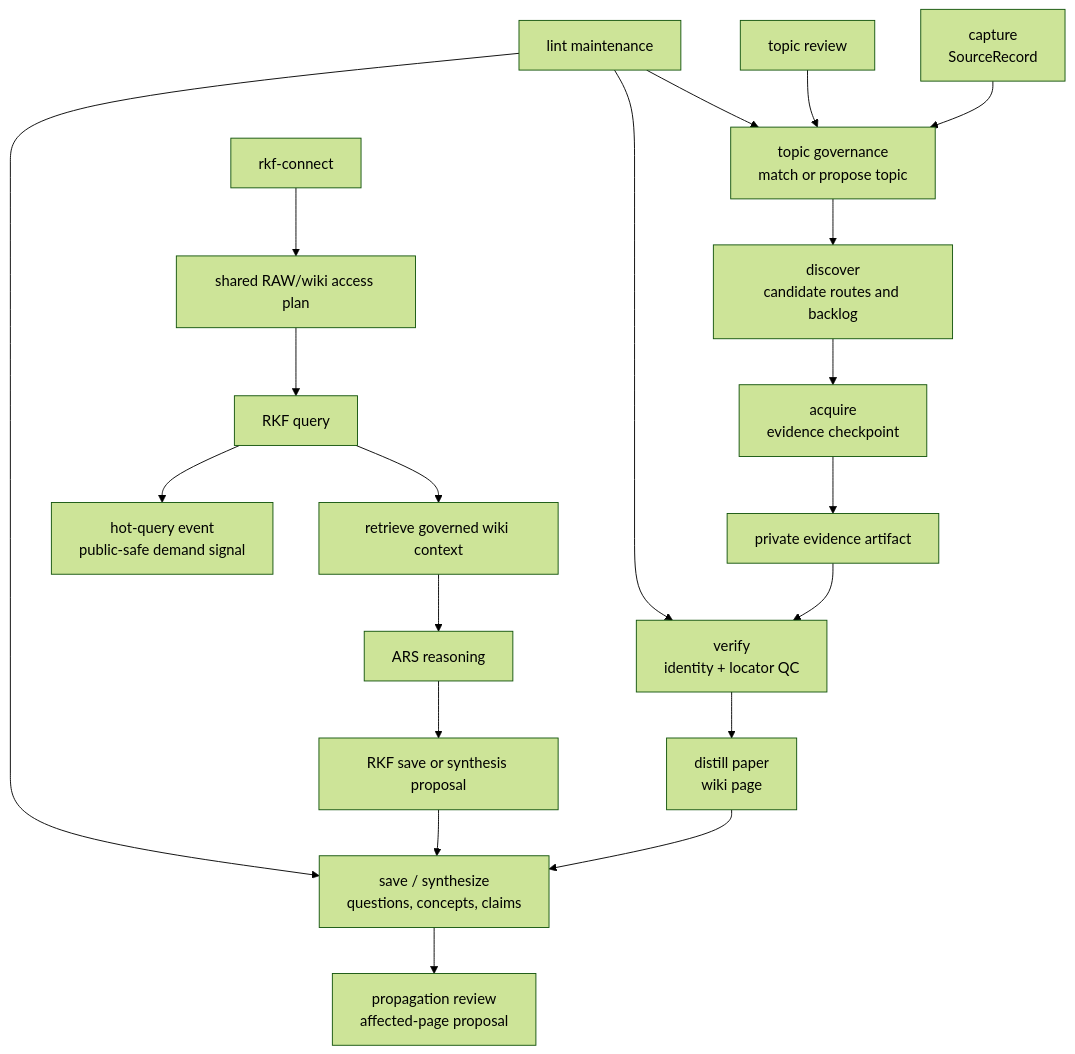
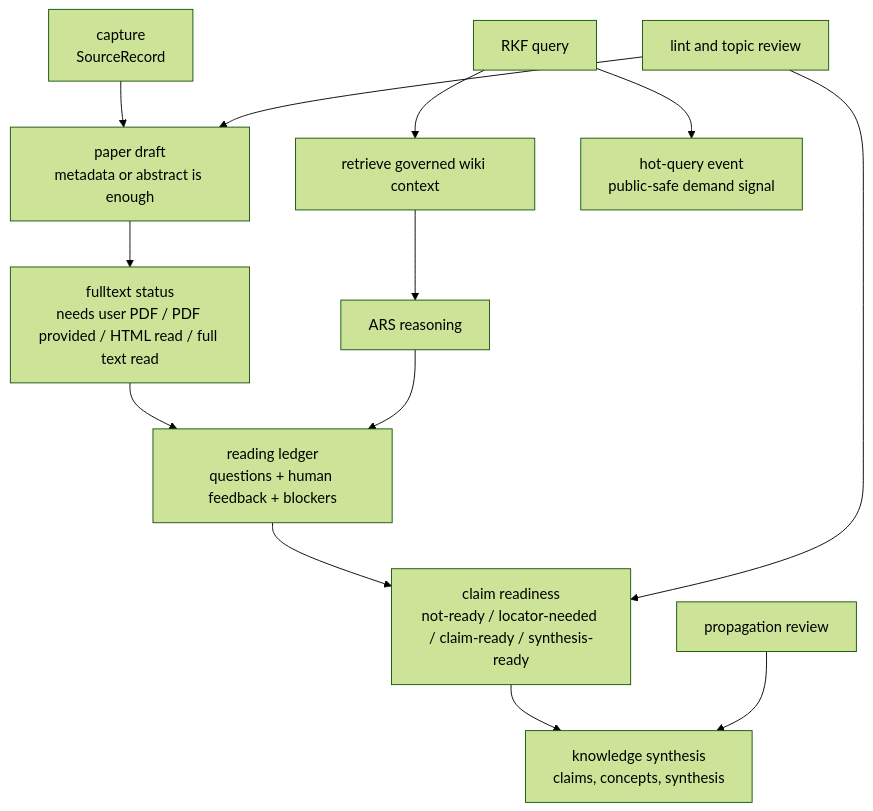
One commit to ChenHau-Lan/ResearchWiki changed the diagram in docs/ARCHITECTURE.md. Above: the diagram before and after it, drawn with Mermaid (forest theme). The commit also changed other lines of this file and 69 other files, not shown here.

Commit message:
Add RKF reading maturity workflow

````diff
--- a/docs/ARCHITECTURE.md
+++ b/docs/ARCHITECTURE.md
@@ -29,22 +27,15 @@
 ```mermaid
 flowchart TD
-    A["capture<br/>SourceRecord"] --> B["topic governance<br/>match or propose topic"]
-    B --> C["discover<br/>candidate routes and backlog"]
-    C --> D["acquire<br/>evidence checkpoint"]
-    D --> E["private evidence artifact"]
-    E --> F["verify<br/>identity + locator QC"]
-    F --> G["distill paper<br/>wiki page"]
-    G --> H["save / synthesize<br/>questions, concepts, claims"]
-    I["RKF query"] --> J["retrieve governed wiki context"]
-    I --> Q["hot-query event<br/>public-safe demand signal"]
-    J --> K["ARS reasoning"]
-    K --> L["RKF save or synthesis proposal"]
-    L --> H
-    H --> R["propagation review<br/>affected-page proposal"]
-    M["lint maintenance"] --> B
-    M --> F
-    M --> H
-    N["topic review"] --> B
-    O["rkf-connect"] --> P["shared RAW/wiki access plan"]
-    P --> I
+    A["capture<br/>SourceRecord"] --> B["paper draft<br/>metadata or abstract is enough"]
+    B --> C["fulltext status<br/>needs user PDF / PDF provided / HTML read / full text read"]
+    C --> D["reading ledger<br/>questions + human feedback + blockers"]
+    D --> E["claim readiness<br/>not-ready / locator-needed / claim-ready / synthesis-ready"]
+    E --> F["knowledge synthesis<br/>claims, concepts, synthesis"]
+    G["RKF query"] --> H["retrieve governed wiki context"]
+    G --> I["hot-query event<br/>public-safe demand signal"]
+    H --> J["ARS reasoning"]
+    J --> D
+    K["lint and topic review"] --> B
+    K --> E
+    L["propagation review"] --> F
 ```
````
